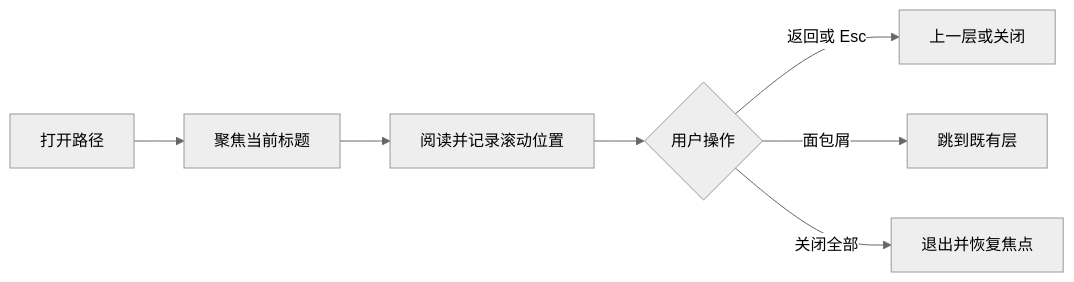
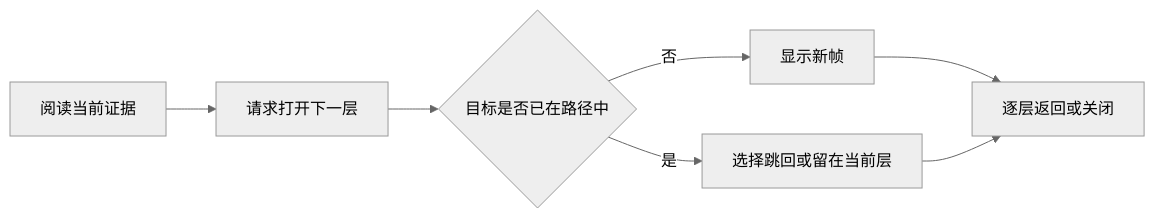
Before and after one commit to lejunyang/omem: the diagram in .repo-review/knowledge/articles/c7842e3898b68e6a6aba8a0bf450c620c4d2331d9b056d0bfce241f79bb9f6cd.md, drawn with Mermaid (neutral theme). The commit also changed other lines of this file and 233 other files, not shown here.

````diff
--- a/.repo-review/knowledge/articles/c7842e3898b68e6a6aba8a0bf450c620c4d2331d9b056d0bfce241f79bb9f6cd.md
+++ b/.repo-review/knowledge/articles/c7842e3898b68e6a6aba8a0bf450c620c4d2331d9b056d0bfce241f79bb9f6cd.md
@@ -17,9 +21,9 @@
 ```mermaid
 flowchart LR
-  A[打开路径] --> B[聚焦当前标题]
-  B --> C[阅读并记录滚动位置]
-  C --> D{用户操作}
-  D -->|返回或 Esc| E[上一层或关闭]
-  D -->|面包屑| F[跳到既有层]
-  D -->|关闭全部| G[退出并恢复焦点]
+  A[阅读当前证据] --> B[请求打开下一层]
+  B --> C{目标是否已在路径中}
+  C -- 否 --> D[显示新帧]
+  C -- 是 --> E[选择跳回或留在当前层]
+  D --> F[逐层返回或关闭]
+  E --> F
 ```
````
